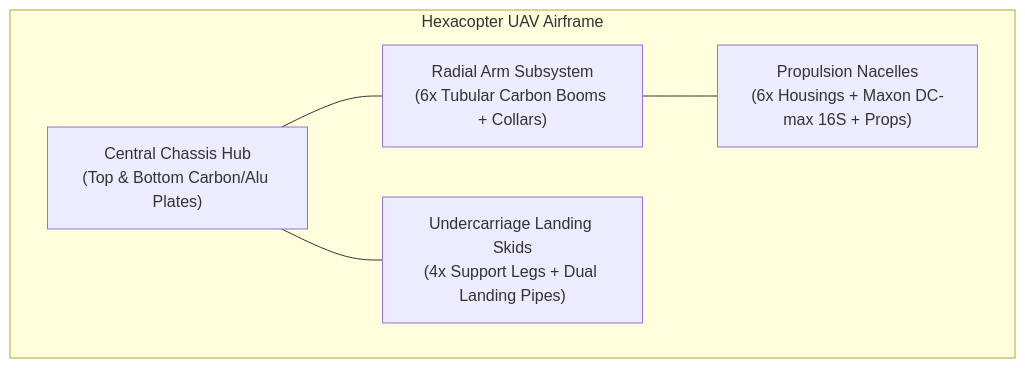
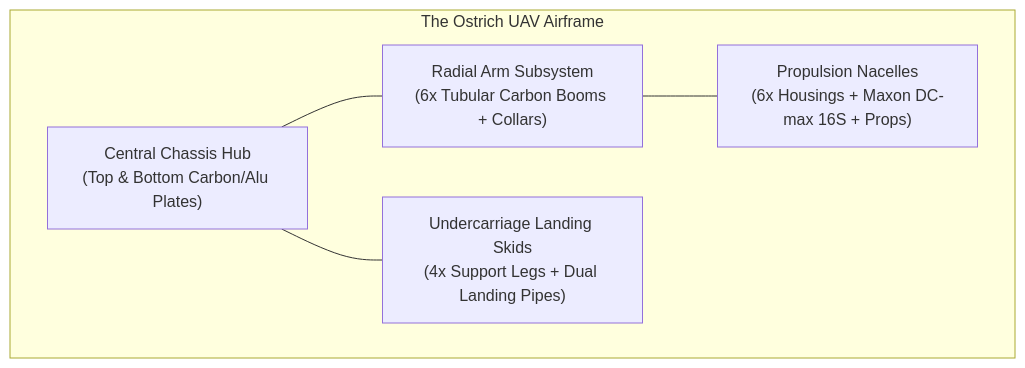
Before and after one commit to sbbxiii/The-Ostrich: the diagram in README.md, drawn with Mermaid. The commit also changed other lines of this file, not shown here.

Commit message:
Update README: Rename project to The Ostrich and update asset references

````diff
--- a/README.md
+++ b/README.md
@@ -35,13 +35,13 @@
 ```mermaid
 flowchart TD
-    subgraph Airframe_Assembly ["Hexacopter UAV Airframe"]
+    subgraph Airframe_Assembly ["The Ostrich UAV Airframe"]
         Hub["Central Chassis Hub<br/>(Top & Bottom Carbon/Alu Plates)"]
         Arms["Radial Arm Subsystem<br/>(6x Tubular Carbon Booms + Collars)"]
         Nacelles["Propulsion Nacelles<br/>(6x Housings + Maxon DC-max 16S + Props)"]
         Gear["Undercarriage Landing Skids<br/>(4x Support Legs + Dual Landing Pipes)"]
 
         Hub --- Arms
         Arms --- Nacelles
         Hub --- Gear
     end
 ```
````
